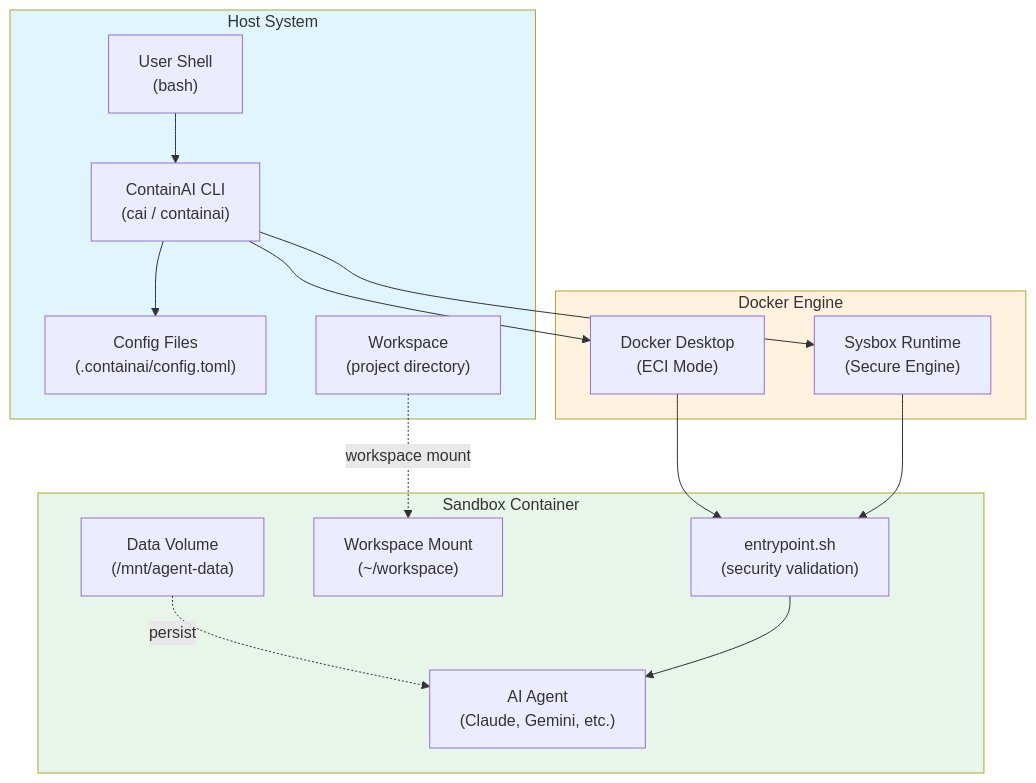
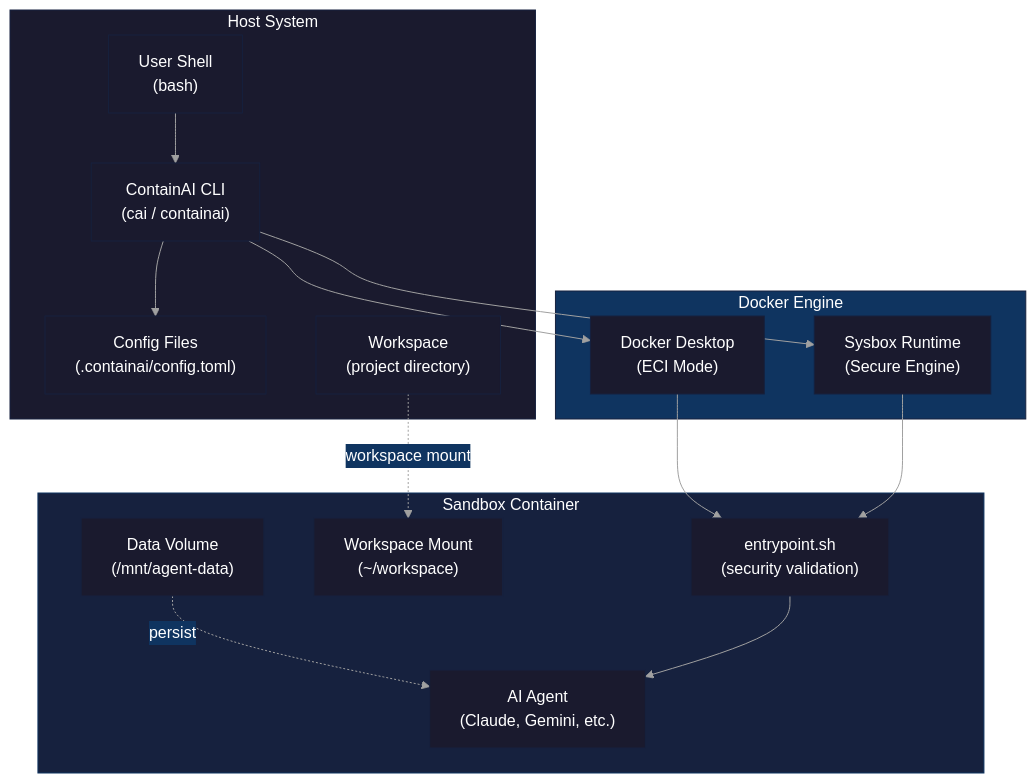
The first of 8 diagrams in docs/architecture.md (novotnyllc/ContainAI), drawn with Mermaid before and after one commit. The commit also changed other lines of this file and 45 other files, not shown here.

````diff
--- a/docs/architecture.md
+++ b/docs/architecture.md
@@ -20,35 +20,45 @@
 ```mermaid
+%%{init: {'theme': 'base', 'themeVariables': {
+  'primaryColor': '#1a1a2e',
+  'primaryTextColor': '#ffffff',
+  'primaryBorderColor': '#16213e',
+  'secondaryColor': '#0f3460',
+  'tertiaryColor': '#1a1a2e',
+  'lineColor': '#a0a0a0',
+  'textColor': '#ffffff',
+  'background': '#0d1117'
+}}}%%
 flowchart TB
     subgraph Host["Host System"]
         User["User Shell<br/>(bash)"]
         CLI["ContainAI CLI<br/>(cai / containai)"]
         Config["Config Files<br/>(.containai/config.toml)"]
         Workspace["Workspace<br/>(project directory)"]
     end
 
     subgraph DockerLayer["Docker Engine"]
         DD["Docker Desktop<br/>(ECI Mode)"]
         Sysbox["Sysbox Runtime<br/>(Secure Engine)"]
     end
 
     subgraph Sandbox["Sandbox Container"]
         Agent["AI Agent<br/>(Claude, Gemini, etc.)"]
         DataVol["Data Volume<br/>(/mnt/agent-data)"]
         WorkMount["Workspace Mount<br/>(~/workspace)"]
         Entry["entrypoint.sh<br/>(security validation)"]
     end
 
     User --> CLI
     CLI --> Config
     CLI --> DD
     CLI --> Sysbox
     DD --> Entry
     Sysbox --> Entry
     Workspace -.->|"workspace mount"| WorkMount
     DataVol -.->|persist| Agent
     Entry --> Agent
 
-    style Host fill:#e1f5fe
-    style DockerLayer fill:#fff3e0
-    style Sandbox fill:#e8f5e9
+    style Host fill:#1a1a2e,stroke:#16213e,color:#fff
+    style DockerLayer fill:#0f3460,stroke:#16213e,color:#fff
+    style Sandbox fill:#16213e,stroke:#0f3460,color:#fff
 ```
````
